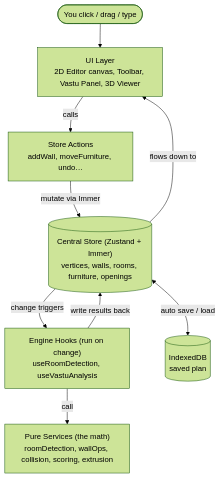
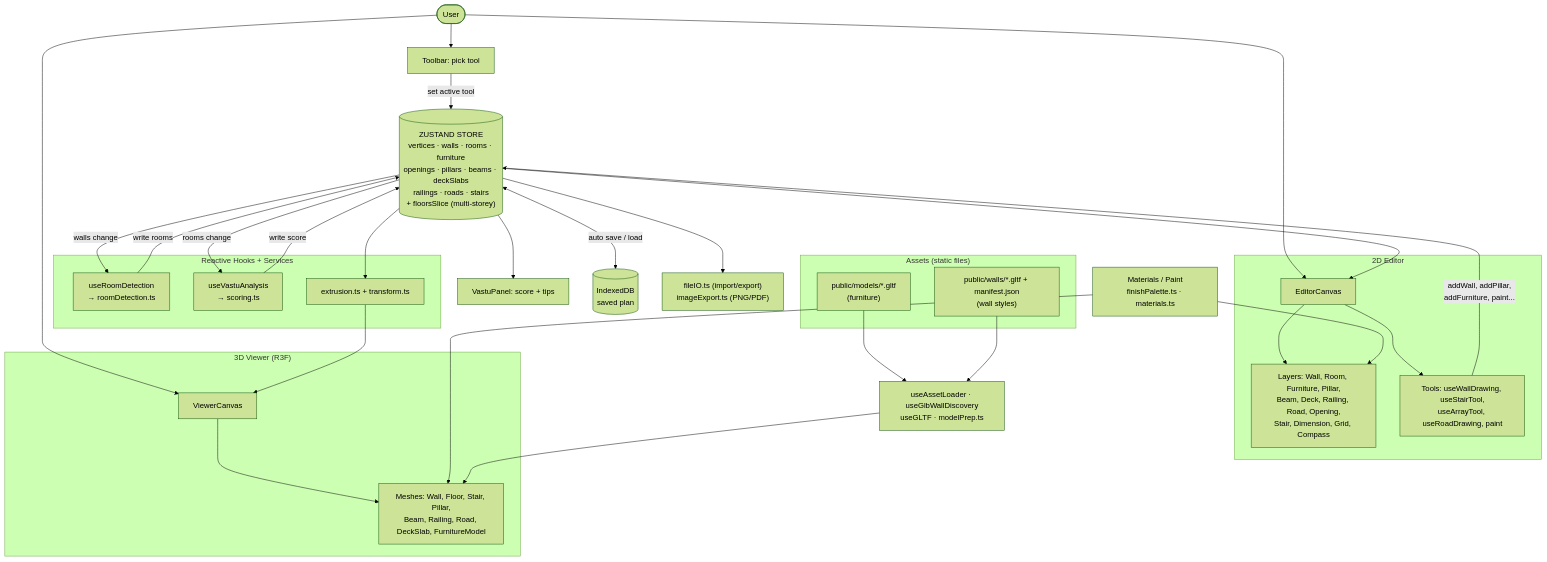
The diagram in ARCHITECTURE.md (goldenk23/Home-Quest), drawn with Mermaid (forest theme) before and after one commit. The commit also changed other lines of this file and 281 other files, not shown here.

````diff
--- a/ARCHITECTURE.md
+++ b/ARCHITECTURE.md
@@ -72,19 +6,65 @@
 ```mermaid
-graph TD
-    User([You click / drag / type])
-    UI["UI Layer<br/>2D Editor canvas, Toolbar, Vastu Panel, 3D Viewer"]
-    Actions["Store Actions<br/>addWall, moveFurniture, undo…"]
-    Store[("Central Store (Zustand + Immer)<br/>vertices, walls, rooms, furniture, openings")]
-    Hooks["Engine Hooks (run on change)<br/>useRoomDetection, useVastuAnalysis"]
-    Services["Pure Services (the math)<br/>roomDetection, wallOps, collision, scoring, extrusion"]
-    IDB[("IndexedDB<br/>saved plan")]
+flowchart TD
+    User([User])
 
-    User --> UI
-    UI -->|calls| Actions
-    Actions -->|mutate via Immer| Store
-    Store -->|change triggers| Hooks
-    Hooks -->|call| Services
-    Hooks -->|write results back| Store
-    Store -->|flows down to| UI
-    Store <-->|auto save / load| IDB
+    %% ---------- INPUT ----------
+    User --> Toolbar[Toolbar: pick tool]
+    User --> Canvas2D
+    User --> Canvas3D
+
+    %% ---------- 2D EDITOR ----------
+    subgraph EDITOR["2D Editor"]
+        Canvas2D[EditorCanvas]
+        Layers["Layers: Wall, Room, Furniture, Pillar,<br/>Beam, Deck, Railing, Road, Opening,<br/>Stair, Dimension, Grid, Compass"]
+        Tools["Tools: useWallDrawing, useStairTool,<br/>useArrayTool, useRoadDrawing, paint"]
+        Canvas2D --> Layers
+        Canvas2D --> Tools
+    end
+
+    %% ---------- STORE ----------
+    Store[("ZUSTAND STORE<br/>vertices · walls · rooms · furniture<br/>openings · pillars · beams · deckSlabs<br/>railings · roads · stairs<br/>+ floorsSlice (multi-storey)")]
+
+    Toolbar -->|set active tool| Store
+    Tools -->|addWall, addPillar,<br/>addFurniture, paint...| Store
+
+    %% ---------- REACTIVE LOGIC ----------
+    subgraph LOGIC["Reactive Hooks + Services"]
+        Rooms[useRoomDetection<br/>→ roomDetection.ts]
+        Vastu[useVastuAnalysis<br/>→ scoring.ts]
+        Extrude[extrusion.ts + transform.ts]
+    end
+
+    Store -->|walls change| Rooms -->|write rooms| Store
+    Store -->|rooms change| Vastu -->|write score| Store
+    Store --> Extrude --> Canvas3D
+
+    %% ---------- 3D VIEWER ----------
+    subgraph VIEWER["3D Viewer (R3F)"]
+        Canvas3D[ViewerCanvas]
+        Meshes["Meshes: Wall, Floor, Stair, Pillar,<br/>Beam, Railing, Road, DeckSlab, FurnitureModel"]
+        Canvas3D --> Meshes
+    end
+
+    %% ---------- OUTPUT PANELS ----------
+    Store --> Canvas2D
+    Store --> VastuPanel[VastuPanel: score + tips]
+
+    %% ---------- MATERIALS ----------
+    Mats["Materials / Paint<br/>finishPalette.ts · materials.ts"]
+    Mats --> Meshes
+    Mats --> Layers
+
+    %% ---------- ASSETS ----------
+    subgraph ASSETS["Assets (static files)"]
+        Models["public/models/*.gltf<br/>(furniture)"]
+        Walls["public/walls/*.gltf + manifest.json<br/>(wall styles)"]
+    end
+    Loader["useAssetLoader · useGlbWallDiscovery<br/>useGLTF · modelPrep.ts"]
+    Models --> Loader
+    Walls --> Loader
+    Loader --> Meshes
+
+    %% ---------- PERSISTENCE ----------
+    Store <-->|auto save / load| IDB[("IndexedDB<br/>saved plan")]
+    Store --> FileIO["fileIO.ts (import/export)<br/>imageExport.ts (PNG/PDF)"]
 ```
````
